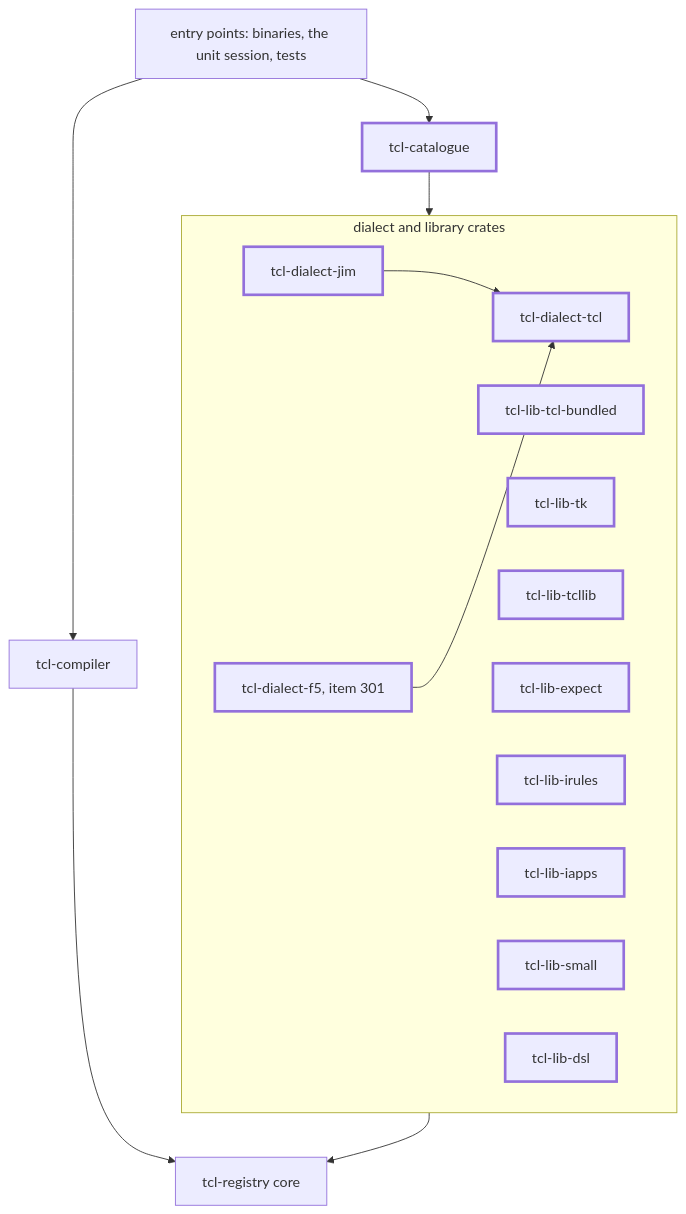
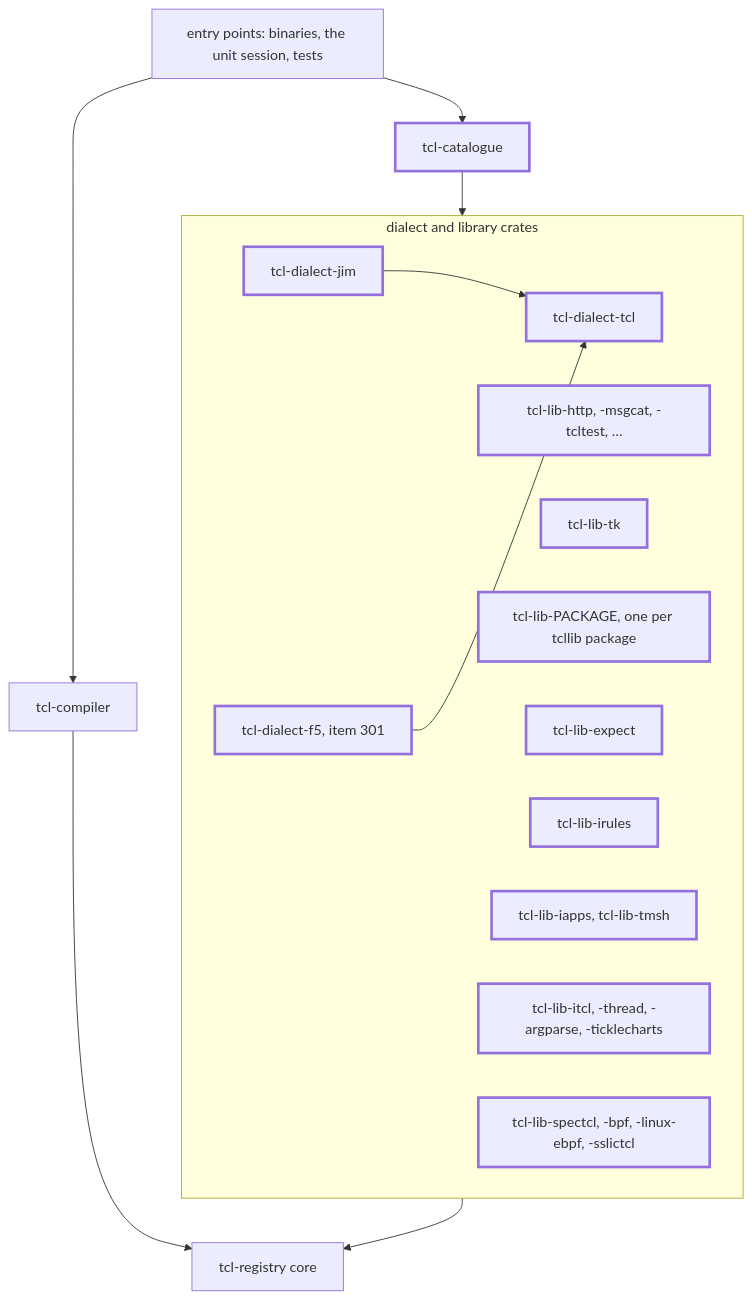
One commit to bitwisecook/tcl-lsp changed the second of 2 diagrams in docs/design/registry/registry-split-design.md. Above: the diagram before and after it, drawn with Mermaid. The commit also changed other lines of this file and 15 other files, not shown here.

````diff
--- a/docs/design/registry/registry-split-design.md
+++ b/docs/design/registry/registry-split-design.md
@@ -99,25 +112,25 @@
 ```mermaid
 flowchart TB
   entry["entry points: binaries, the unit session, tests"] --> catalogue["tcl-catalogue"]
   entry --> compiler["tcl-compiler"]
   subgraph surfaces["dialect and library crates"]
     dTcl["tcl-dialect-tcl"]
     dJim["tcl-dialect-jim"]
     dF5["tcl-dialect-f5, item 301"]
-    lBundled["tcl-lib-tcl-bundled"]
+    lBundled["tcl-lib-http, -msgcat, -tcltest, …"]
     lTk["tcl-lib-tk"]
-    lTcllib["tcl-lib-tcllib"]
+    lTcllib["tcl-lib-PACKAGE, one per tcllib package"]
     lExpect["tcl-lib-expect"]
     lIrules["tcl-lib-irules"]
-    lIapps["tcl-lib-iapps"]
-    lSmall["tcl-lib-small"]
-    lDsl["tcl-lib-dsl"]
+    lIapps["tcl-lib-iapps, tcl-lib-tmsh"]
+    lSmall["tcl-lib-itcl, -thread, -argparse, -ticklecharts"]
+    lDsl["tcl-lib-spectcl, -bpf, -linux-ebpf, -sslictcl"]
   end
   catalogue --> surfaces
   dJim --> dTcl
   dF5 --> dTcl
   surfaces --> core["tcl-registry core"]
   compiler --> core
   classDef new stroke-width:3px;
   class catalogue,dTcl,dJim,dF5,lBundled,lTk,lTcllib,lExpect,lIrules,lIapps,lSmall,lDsl new;
 ```
````
